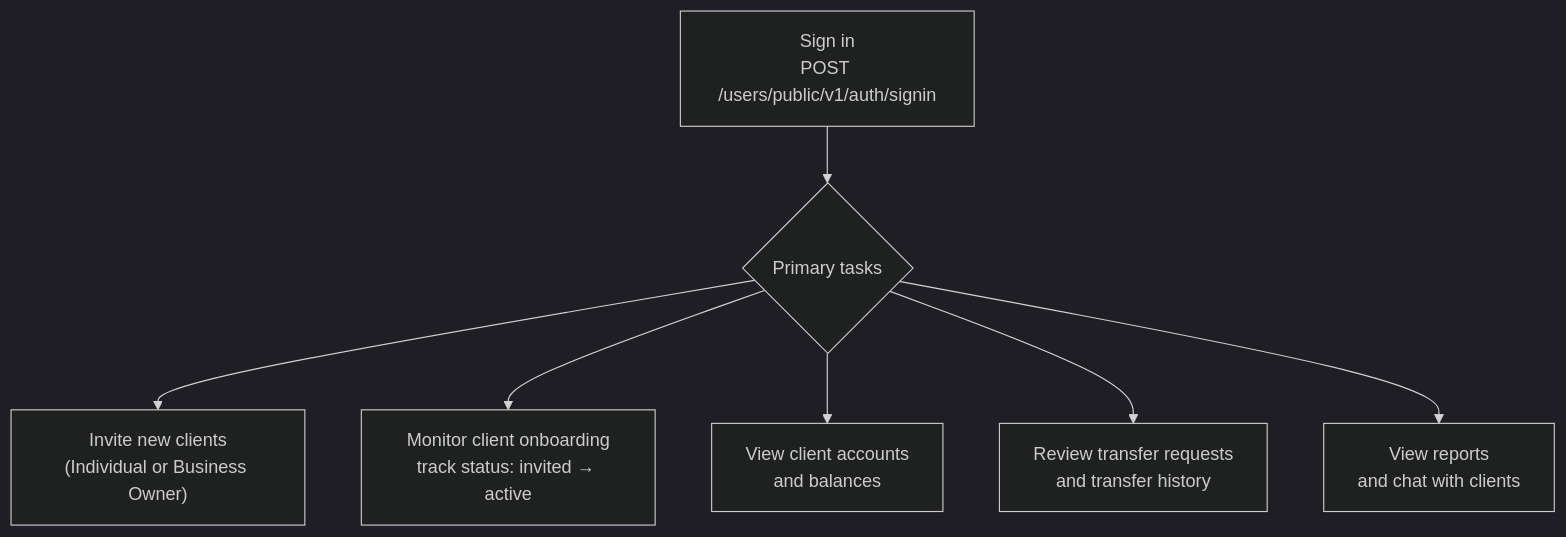
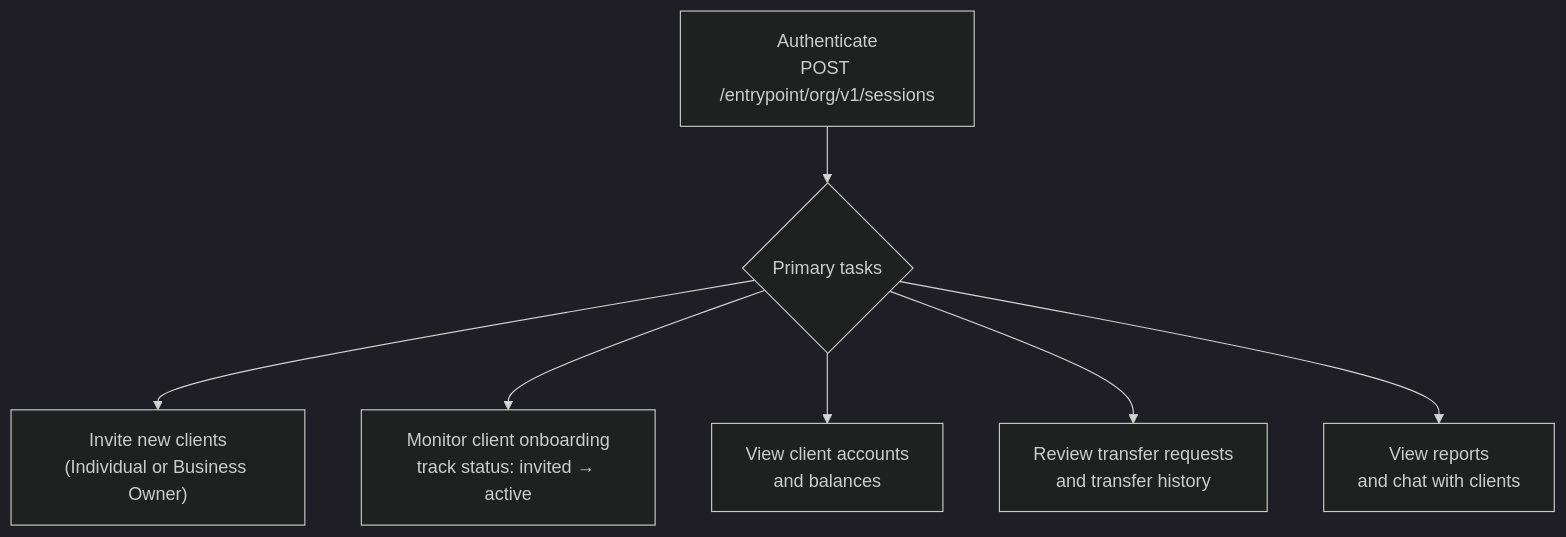
One commit to skhan-cpu/readme-paid changed the diagram in docs/Getting Started/administration/advisor.md. Above: the diagram before and after it, drawn with Mermaid (dark theme). The commit also changed other lines of this file and 4 other files, not shown here.

````diff
--- a/docs/Getting Started/administration/advisor.md
+++ b/docs/Getting Started/administration/advisor.md
@@ -24,12 +24,12 @@
 ```mermaid
 flowchart TD
-    A["Sign in\nPOST /users/public/v1/auth/signin"]
+    A["Authenticate<br/>POST /entrypoint/org/v1/sessions"]
     B{"Primary tasks"}
-    B --> C["Invite new clients\n(Individual or Business Owner)"]
-    B --> D["Monitor client onboarding\ntrack status: invited → active"]
-    B --> E["View client accounts\nand balances"]
-    B --> F["Review transfer requests\nand transfer history"]
-    B --> G["View reports\nand chat with clients"]
+    B --> C["Invite new clients<br/>(Individual or Business Owner)"]
+    B --> D["Monitor client onboarding<br/>track status: invited → active"]
+    B --> E["View client accounts<br/>and balances"]
+    B --> F["Review transfer requests<br/>and transfer history"]
+    B --> G["View reports<br/>and chat with clients"]
 
     A --> B
 ```
````
